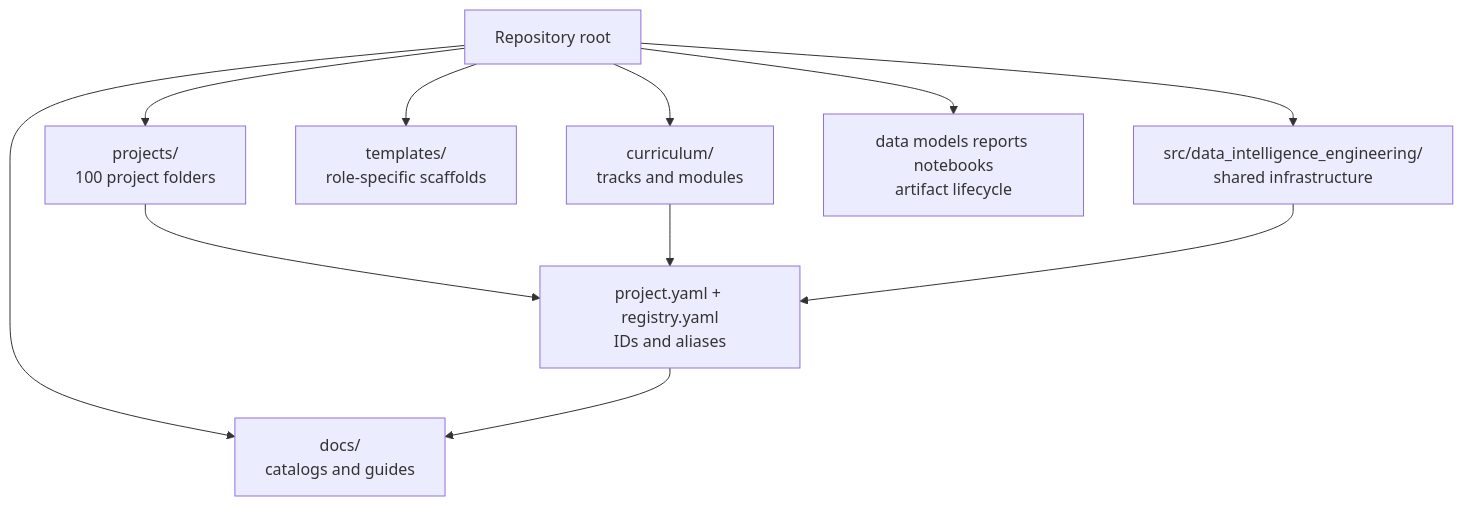
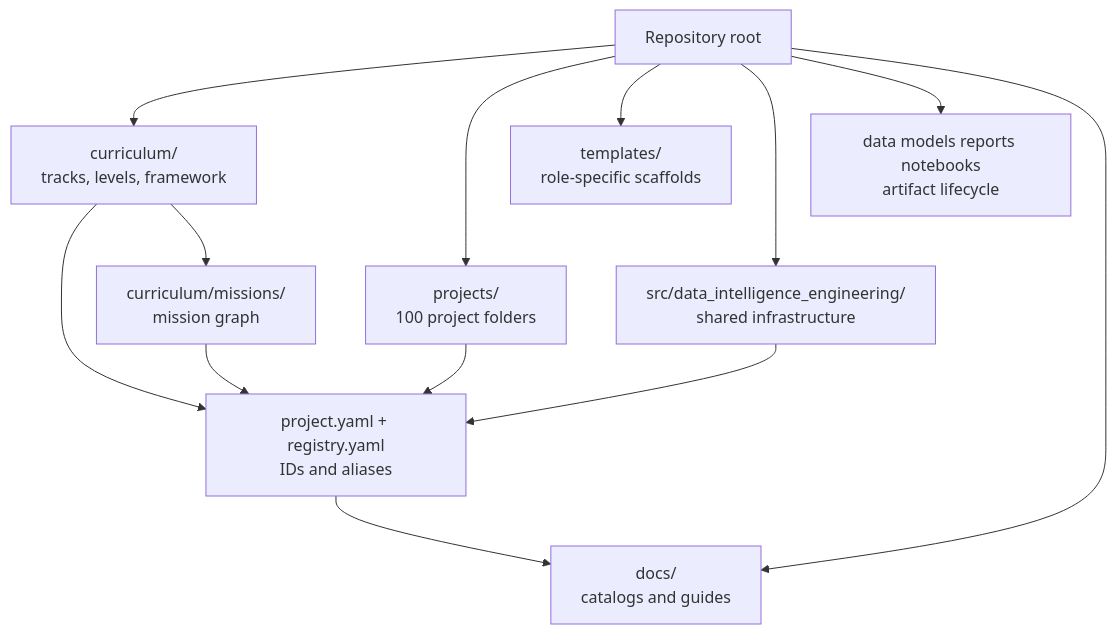
Before and after one commit to Quantumquirkz/Data-Science---Engineer---Analytics: the diagram in .context/architecture.md, drawn with Mermaid. The commit also changed other lines of this file and 168 other files, not shown here.

````diff
--- a/.context/architecture.md
+++ b/.context/architecture.md
@@ -10,22 +10,25 @@
 ```mermaid
 flowchart TB
     root["Repository root"]
-    curriculum["curriculum/<br/>tracks and modules"]
+    curriculum["curriculum/<br/>tracks, levels, framework"]
     projects["projects/<br/>100 project folders"]
     registry["project.yaml + registry.yaml<br/>IDs and aliases"]
+    missions["curriculum/missions/<br/>mission graph"]
     templates["templates/<br/>role-specific scaffolds"]
     core["src/data_intelligence_engineering/<br/>shared infrastructure"]
     lifecycle["data models reports notebooks<br/>artifact lifecycle"]
     docs["docs/<br/>catalogs and guides"]
 
     root --> curriculum
     root --> projects
     root --> templates
     root --> core
     root --> lifecycle
     root --> docs
     projects --> registry
     curriculum --> registry
+    curriculum --> missions
     core --> registry
+    missions --> registry
     registry --> docs
 ```
````
